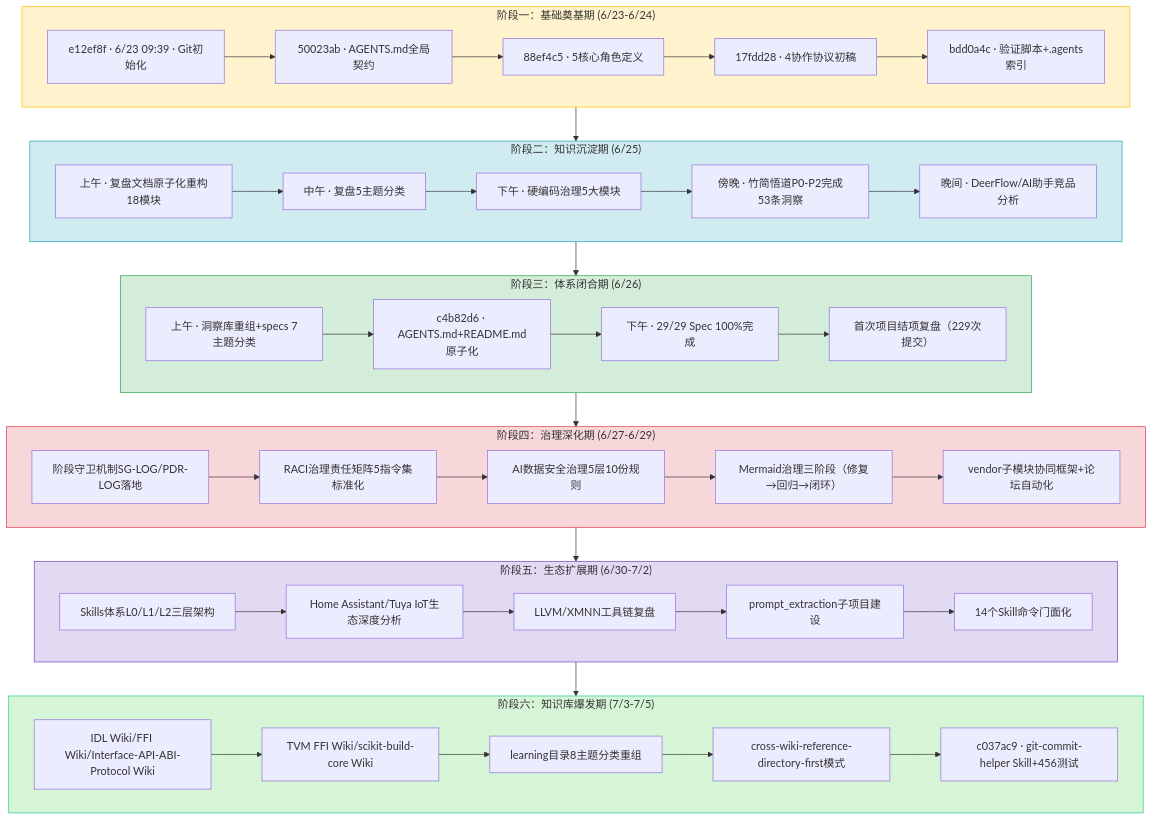
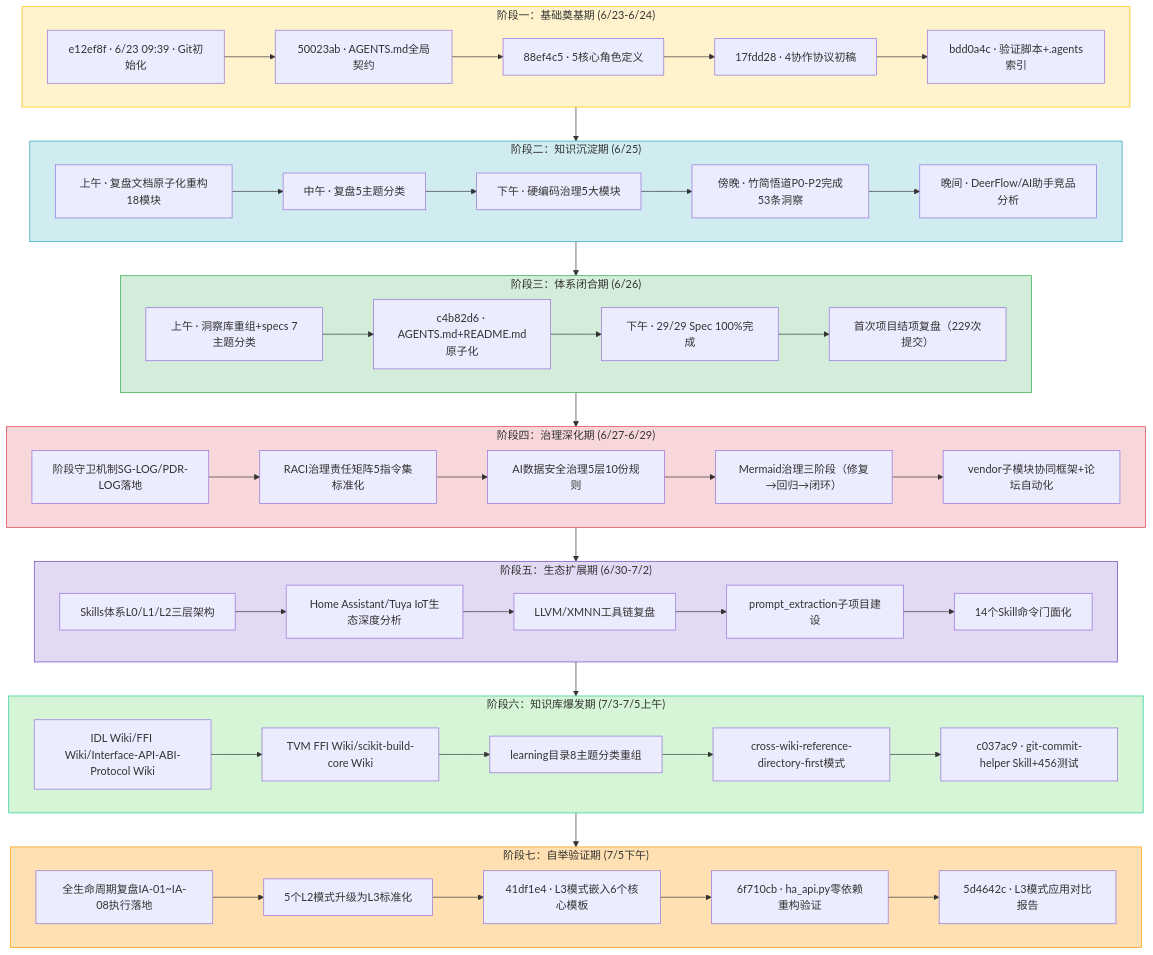
One commit to xinetzone/SpecWeave changed the diagram in docs/retrospective/reports/project-governance/comprehensive-reviews/retrospective-specweave-full-lifecycle-20260705/execution-retrospective.md. Above: the diagram before and after it, drawn with Mermaid. The commit also changed other lines of this file and 29 other files, not shown here.

````diff
--- a/docs/retrospective/reports/project-governance/comprehensive-reviews/retrospective-specweave-full-lifecycle-20260705/execution-retrospective.md
+++ b/docs/retrospective/reports/project-governance/comprehensive-reviews/retrospective-specweave-full-lifecycle-20260705/execution-retrospective.md
@@ -53,57 +63,66 @@
 ```mermaid
 flowchart TB
     subgraph S1 ["阶段一：基础奠基期 (6/23-6/24)"]
         S1A["e12ef8f · 6/23 09:39 · Git初始化"]
         S1B["50023ab · AGENTS.md全局契约"]
         S1C["88ef4c5 · 5核心角色定义"]
         S1D["17fdd28 · 4协作协议初稿"]
         S1E["bdd0a4c · 验证脚本+.agents索引"]
         S1A --> S1B --> S1C --> S1D --> S1E
     end
     subgraph S2 ["阶段二：知识沉淀期 (6/25)"]
         S2A["上午 · 复盘文档原子化重构18模块"]
         S2B["中午 · 复盘5主题分类"]
         S2C["下午 · 硬编码治理5大模块"]
         S2D["傍晚 · 竹简悟道P0-P2完成53条洞察"]
         S2E["晚间 · DeerFlow/AI助手竞品分析"]
         S2A --> S2B --> S2C --> S2D --> S2E
     end
     subgraph S3 ["阶段三：体系闭合期 (6/26)"]
         S3A["上午 · 洞察库重组+specs 7主题分类"]
         S3B["c4b82d6 · AGENTS.md+README.md原子化"]
         S3C["下午 · 29/29 Spec 100%完成"]
         S3D["首次项目结项复盘（229次提交）"]
         S3A --> S3B --> S3C --> S3D
     end
     subgraph S4 ["阶段四：治理深化期 (6/27-6/29)"]
         S4A["阶段守卫机制SG-LOG/PDR-LOG落地"]
         S4B["RACI治理责任矩阵5指令集标准化"]
         S4C["AI数据安全治理5层10份规则"]
         S4D["Mermaid治理三阶段（修复→回归→闭环）"]
         S4E["vendor子模块协同框架+论坛自动化"]
         S4A --> S4B --> S4C --> S4D --> S4E
     end
     subgraph S5 ["阶段五：生态扩展期 (6/30-7/2)"]
         S5A["Skills体系L0/L1/L2三层架构"]
         S5B["Home Assistant/Tuya IoT生态深度分析"]
         S5C["LLVM/XMNN工具链复盘"]
         S5D["prompt_extraction子项目建设"]
         S5E["14个Skill命令门面化"]
         S5A --> S5B --> S5C --> S5D --> S5E
     end
-    subgraph S6 ["阶段六：知识库爆发期 (7/3-7/5)"]
+    subgraph S6 ["阶段六：知识库爆发期 (7/3-7/5上午)"]
         S6A["IDL Wiki/FFI Wiki/Interface-API-ABI-Protocol Wiki"]
         S6B["TVM FFI Wiki/scikit-build-core Wiki"]
         S6C["learning目录8主题分类重组"]
         S6D["cross-wiki-reference-directory-first模式"]
         S6E["c037ac9 · git-commit-helper Skill+456测试"]
         S6A --> S6B --> S6C --> S6D --> S6E
     end
-    S1 --> S2 --> S3 --> S4 --> S5 --> S6
+    subgraph S7 ["阶段七：自举验证期 (7/5下午)"]
+        S7A["全生命周期复盘IA-01~IA-08执行落地"]
+        S7B["5个L2模式升级为L3标准化"]
+        S7C["41df1e4 · L3模式嵌入6个核心模板"]
+        S7D["6f710cb · ha_api.py零依赖重构验证"]
+        S7E["5d4642c · L3模式应用对比报告"]
+        S7A --> S7B --> S7C --> S7D --> S7E
+    end
+    S1 --> S2 --> S3 --> S4 --> S5 --> S6 --> S7
     style S1 fill:#fff3cd,stroke:#ffc107
     style S2 fill:#d1ecf1,stroke:#17a2b8
     style S3 fill:#d4edda,stroke:#28a745
     style S4 fill:#f8d7da,stroke:#dc3545
     style S5 fill:#e2d9f3,stroke:#6f42c1
     style S6 fill:#d6f5d6,stroke:#20c997
+    style S7 fill:#ffe0b2,stroke:#ff9800
 ```
````
